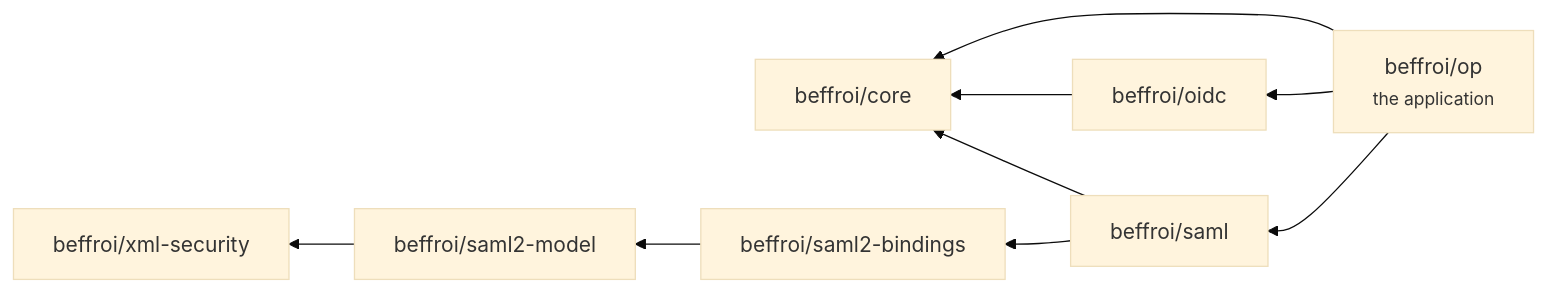
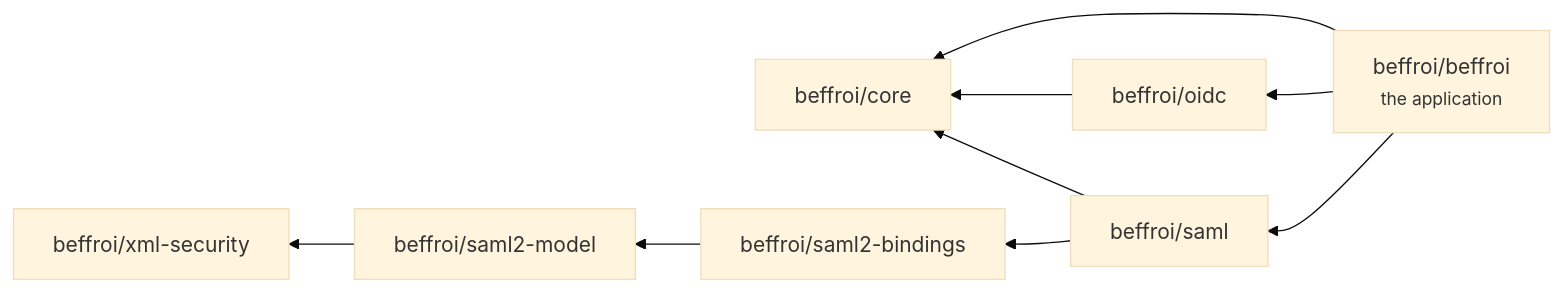
The diagram in docs/the-project/packages.md (beffroi-auth/docs), drawn with Mermaid (base theme) before and after one commit. The commit also changed other lines of this file and 11 other files, not shown here.

First line of the commit message:
docs: the application is beffroi/beffroi, in apps/beffroi, mirrored as beffroi-auth/application, and its image is ghcr.io/beffroi-auth/beffroi

````diff
--- a/docs/the-project/packages.md
+++ b/docs/the-project/packages.md
@@ -61,11 +61,11 @@
 ``` mermaid
 graph RL
-  op["beffroi/op<br/><small>the application</small>"] --> oidc["beffroi/oidc"]
-  op --> saml["beffroi/saml"]
-  op --> core["beffroi/core"]
+  app["beffroi/beffroi<br/><small>the application</small>"] --> oidc["beffroi/oidc"]
+  app --> saml["beffroi/saml"]
+  app --> core["beffroi/core"]
   oidc --> core
   saml --> core
   saml --> bindings["beffroi/saml2-bindings"]
   bindings --> model["beffroi/saml2-model"]
   model --> xml["beffroi/xml-security"]
 ```
````
